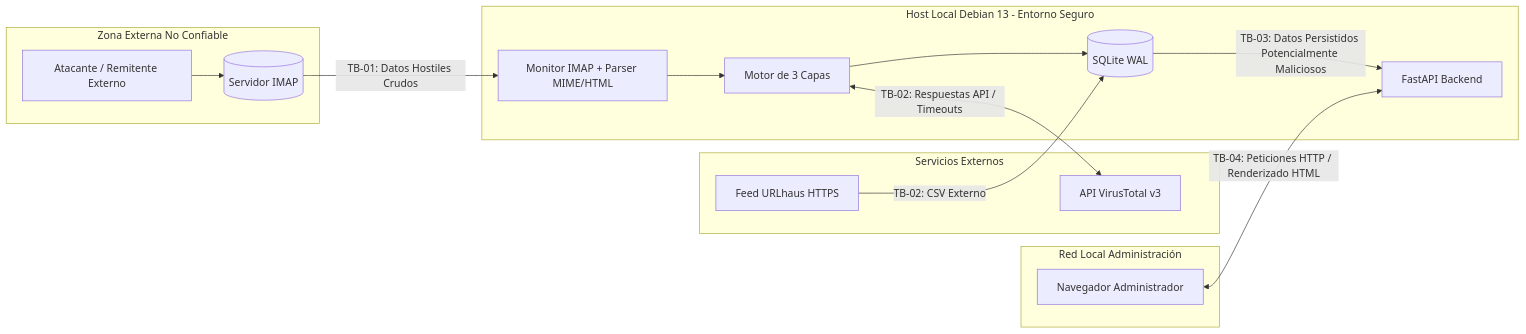
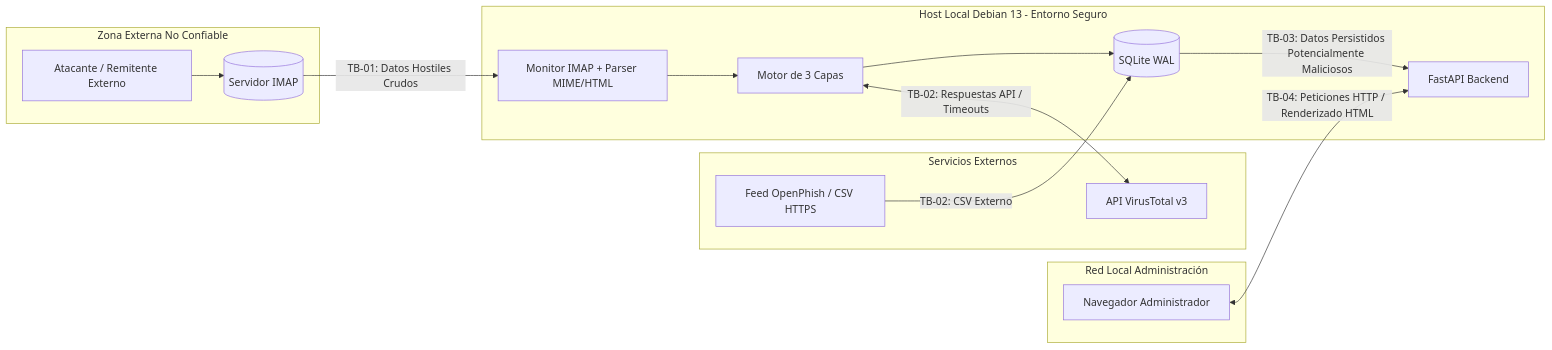
Before and after one commit to TheStranger1202/Monitor-y-Filtro-de-Enlaces-Maliciosos: the diagram in docs/modelado_de_amenazas_ssdlc.md, drawn with Mermaid. The commit also changed other lines of this file and 6 other files, not shown here.

````diff
--- a/docs/modelado_de_amenazas_ssdlc.md
+++ b/docs/modelado_de_amenazas_ssdlc.md
@@ -23,30 +23,30 @@
 ```mermaid
 flowchart LR
     subgraph Zona_Hostil [Zona Externa No Confiable]
         ATK[Atacante / Remitente Externo] --> IMAP[(Servidor IMAP)]
     end
 
     subgraph Zona_Terceros [Servicios Externos]
         VT[API VirusTotal v3]
-        UH[Feed URLhaus HTTPS]
+        UH[Feed OpenPhish / CSV HTTPS]
     end
 
     subgraph Zona_Controlada [Host Local Debian 13 - Entorno Seguro]
         PARSER[Monitor IMAP + Parser MIME/HTML]
         ENGINE[Motor de 3 Capas]
         DB[(SQLite WAL)]
         API[FastAPI Backend]
     end
 
     subgraph Zona_Admin [Red Local Administración]
         BROWSER[Navegador Administrador]
     end
 
     IMAP -->|TB-01: Datos Hostiles Crudos| PARSER
     PARSER --> ENGINE
     ENGINE <-->|TB-02: Respuestas API / Timeouts| VT
     UH -->|TB-02: CSV Externo| DB
     ENGINE --> DB
     DB -->|TB-03: Datos Persistidos Potencialmente Maliciosos| API
     BROWSER <-->|TB-04: Peticiones HTTP / Renderizado HTML| API
 ```
````
